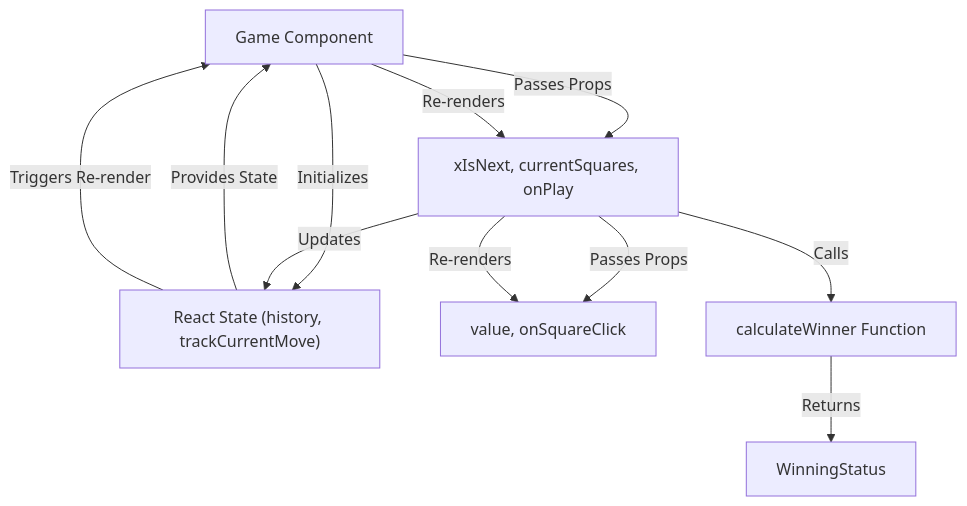
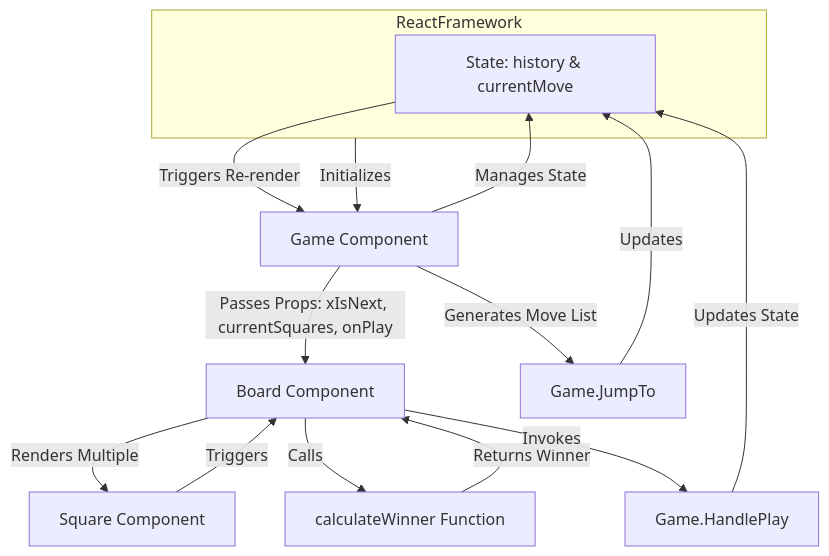
The diagram in React/Tic-Tac-Toe/tic-tac-toe/README.md (JSsquare/tinker-learnings), drawn with Mermaid before and after one commit.

Commit message:
README Changes

````diff
--- a/React/Tic-Tac-Toe/tic-tac-toe/README.md
+++ b/React/Tic-Tac-Toe/tic-tac-toe/README.md
@@ -1,20 +1,33 @@
 ```mermaid
 graph TD
+  subgraph ReactFramework
+    State[State: history & currentMove]
+  end
+
   Game["Game Component"]
-  State["React State (history, trackCurrentMove)"]
   Board["Board Component"]
   Square["Square Component"]
-  Winner["calculateWinner Function"]
+  CalculateWinner["calculateWinner Function"]
 
-  Game -->|Initializes| State
-  Game -->|Passes Props| Board[xIsNext, currentSquares, onPlay]
-  State -->|Provides State| Game
+  %% Game Initialization
+  ReactFramework -->|Initializes| Game
+  Game -->|Manages State| State
 
-  Board -->|Passes Props| Square[value, onSquareClick]
-  Board -->|Calls| Winner
-  Winner -->|Returns| WinningStatus
-  Board -->|Updates| State
+  %% Data Flow
+  Game -->|Passes Props: xIsNext, currentSquares, onPlay| Board
+  Board -->|Renders Multiple| Square
+  Square -->|Triggers| Board
+
+  %% Winner Calculation
+  Board -->|Calls| CalculateWinner
+  CalculateWinner -->|Returns Winner| Board
+
+  %% State Updates
+  Board -->|Invokes| Game.HandlePlay
+  Game.HandlePlay -->|Updates State| State
   State -->|Triggers Re-render| Game
-  Game -->|Re-renders| Board
-  Board -->|Re-renders| Square
+
+  %% Moves List
+  Game -->|Generates Move List| Game.JumpTo
+  Game.JumpTo -->|Updates| State
 ```
````
